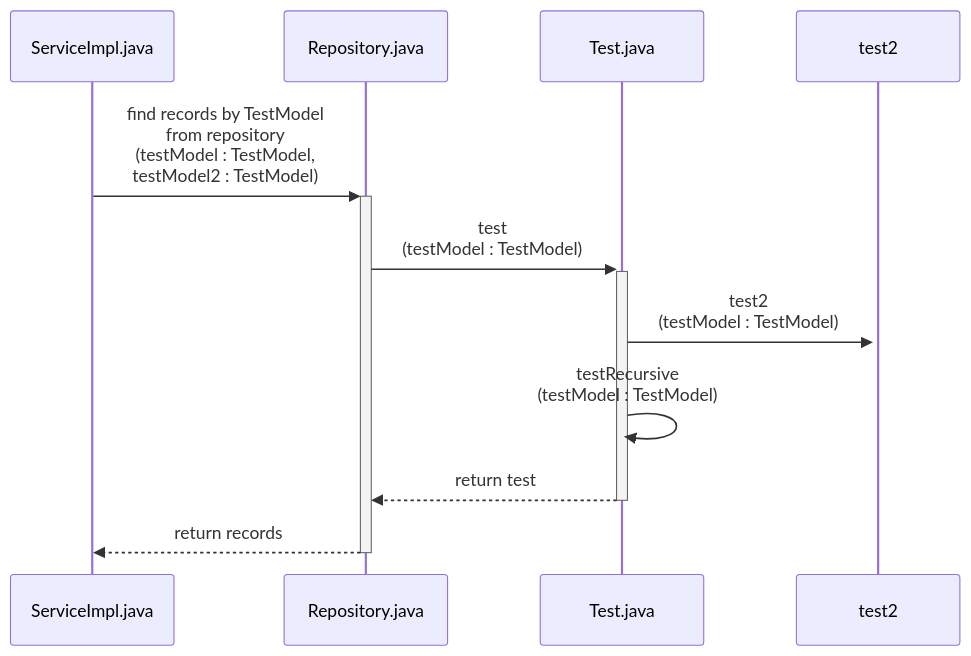
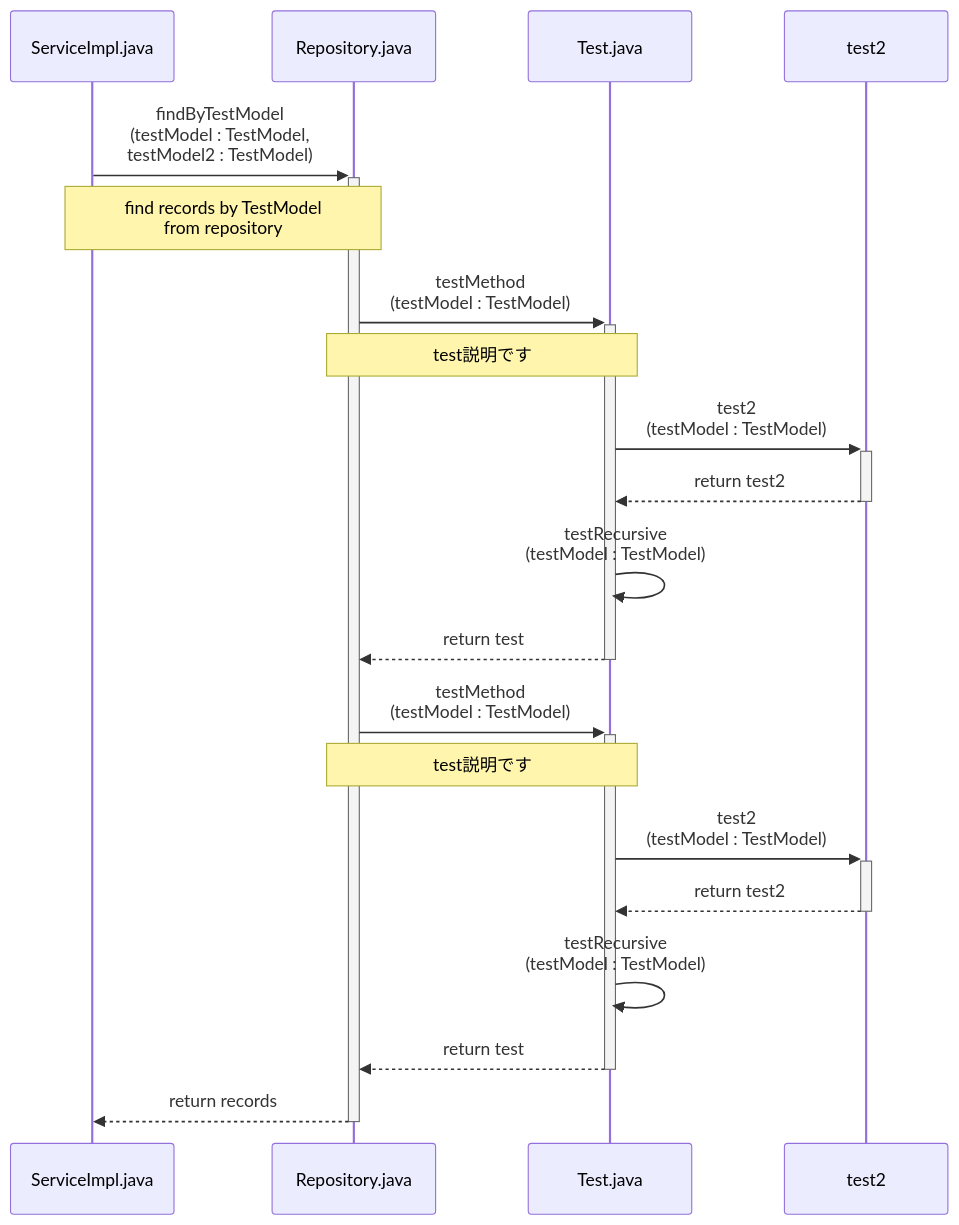
The diagram in output.md (ryoheiY/create-sequence-diagram-by-ts), drawn with Mermaid before and after one commit. The commit also changed 4 other files, not shown here.

Commit message:
戻り処理のMermaid文字列作成時、階層を上った際にスタックに追加されに不具合を修正

````diff
--- a/output.md
+++ b/output.md
@@ -1,12 +1,21 @@
 ```mermaid
 sequenceDiagram
 participant service as ServiceImpl.java
 participant repository as Repository.java
 participant test as Test.java
-service ->>+ repository: find records by TestModel <br>from repository <br>(testModel : TestModel, <br>testModel2 : TestModel)
-repository ->>+ test: test <br>(testModel : TestModel)
+service ->>+ repository: findByTestModel <br>(testModel : TestModel, <br>testModel2 : TestModel)
+Note over service,repository: find records by TestModel <br>from repository
+repository ->>+ test: testMethod <br>(testModel : TestModel)
+Note over repository,test: test説明です
 test ->>+ test2: test2 <br>(testModel : TestModel)
+test2 -->>- test: return test2
+test ->> test: testRecursive <br>(testModel : TestModel)
+test -->>- repository: return test
+repository ->>+ test: testMethod <br>(testModel : TestModel)
+Note over repository,test: test説明です
+test ->>+ test2: test2 <br>(testModel : TestModel)
+test2 -->>- test: return test2
 test ->> test: testRecursive <br>(testModel : TestModel)
 test -->>- repository: return test
 repository -->>- service: return records
 ```
````
